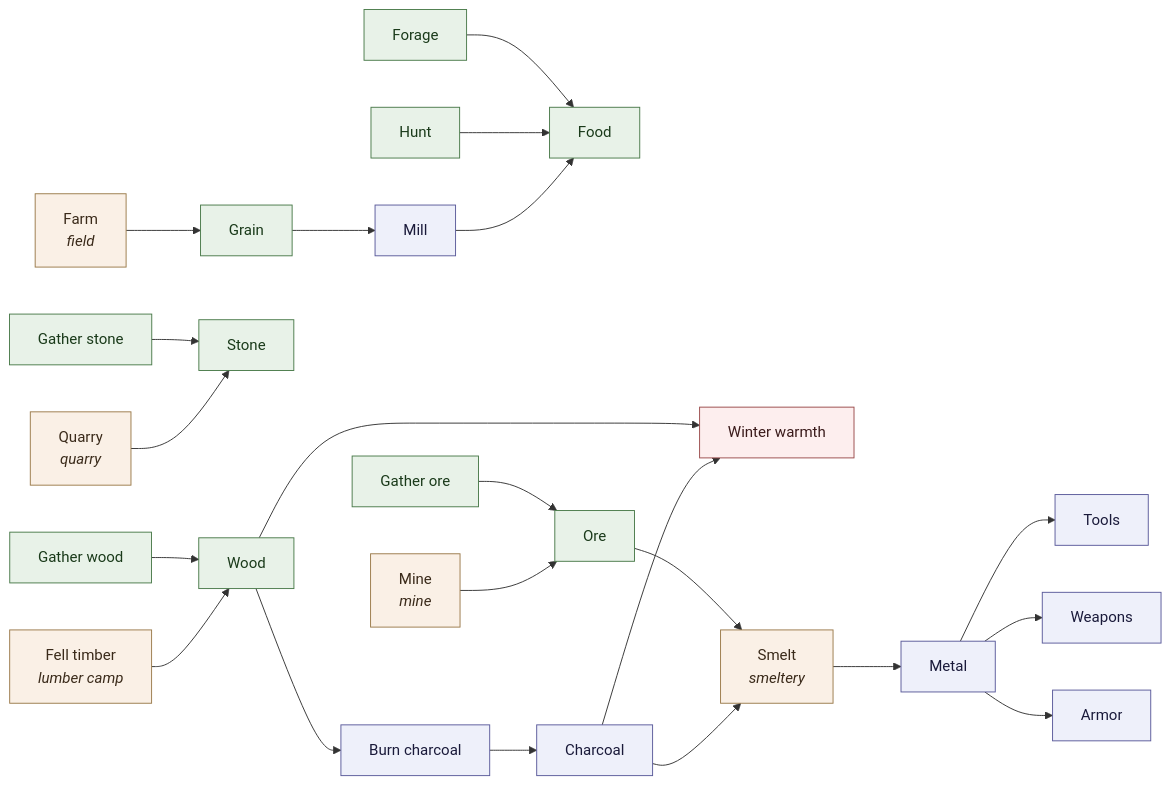
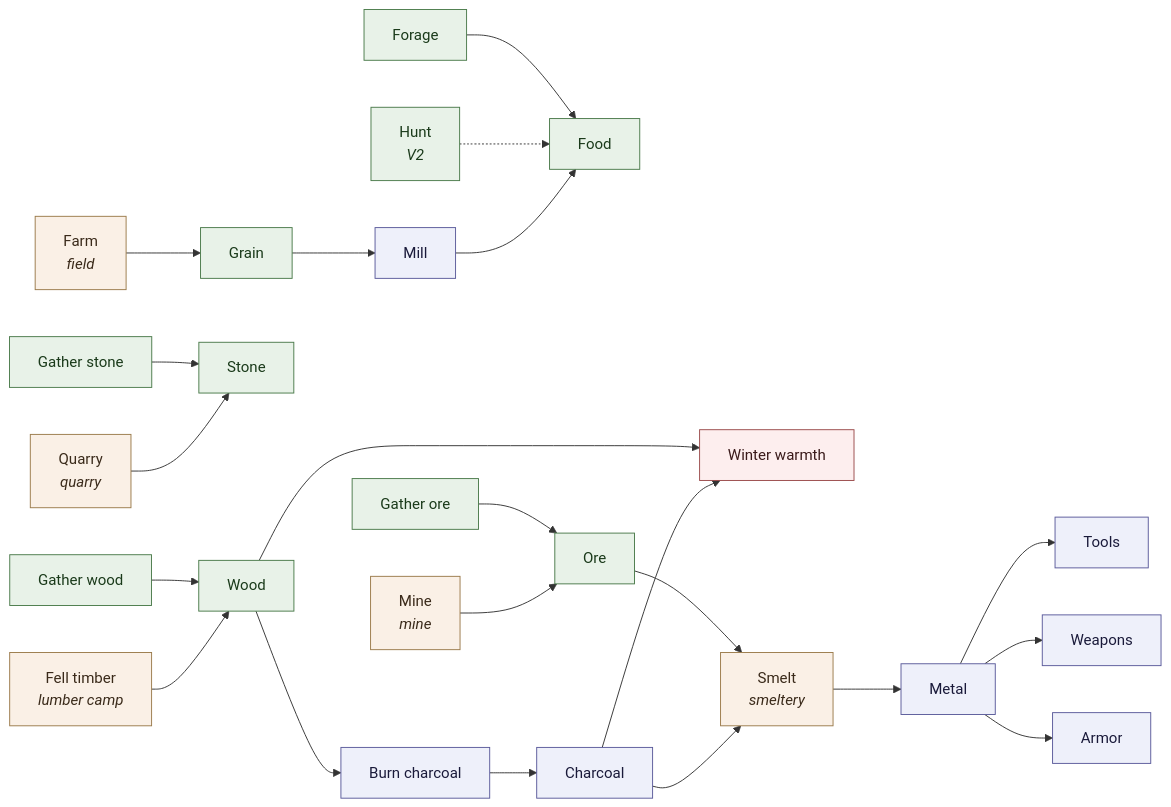
One commit to zhollis21/KingdomWatch changed the first of 2 diagrams in docs/design/kingdom-watch-economy-ladder.md. Above: the diagram before and after it, drawn with Mermaid. The commit also changed other lines of this file and 25 other files, not shown here.

````diff
--- a/docs/design/kingdom-watch-economy-ladder.md
+++ b/docs/design/kingdom-watch-economy-ladder.md
@@ -628,29 +633,29 @@
 ```mermaid
 flowchart LR
   classDef gathered fill:#e8f2e8,stroke:#4a7a4a,color:#1a3a1a
   classDef crafted fill:#eef0fa,stroke:#5a5a9a,color:#1a1a3a
   classDef built fill:#faf0e6,stroke:#9a7a4a,color:#3a2a1a
   classDef sink fill:#fdeeee,stroke:#9a4a4a,color:#3a1a1a
 
   Forage["Forage"]:::gathered --> Food["Food"]:::gathered
-  Hunt["Hunt"]:::gathered --> Food
+  Hunt["Hunt<br/><i>V2</i>"]:::gathered -.-> Food
   GW["Gather wood"]:::gathered --> Wood["Wood"]:::gathered
   FT["Fell timber<br/><i>lumber camp</i>"]:::built --> Wood
   GS["Gather stone"]:::gathered --> Stone["Stone"]:::gathered
   QuarryR["Quarry<br/><i>quarry</i>"]:::built --> Stone
   GO["Gather ore"]:::gathered --> Ore["Ore"]:::gathered
   MineR["Mine<br/><i>mine</i>"]:::built --> Ore
 
   Farm["Farm<br/><i>field</i>"]:::built --> Grain["Grain"]:::gathered
   Grain --> Mill["Mill"]:::crafted --> Food
 
   Wood --> Burn["Burn charcoal"]:::crafted --> Charcoal["Charcoal"]:::crafted
   Wood --> Warmth["Winter warmth"]:::sink
   Charcoal --> Warmth
 
   Ore --> Smelt["Smelt<br/><i>smeltery</i>"]:::built
   Charcoal --> Smelt --> Metal["Metal"]:::crafted
   Metal --> Tools["Tools"]:::crafted
   Metal --> Weapons["Weapons"]:::crafted
   Metal --> Armor["Armor"]:::crafted
 ```
````
